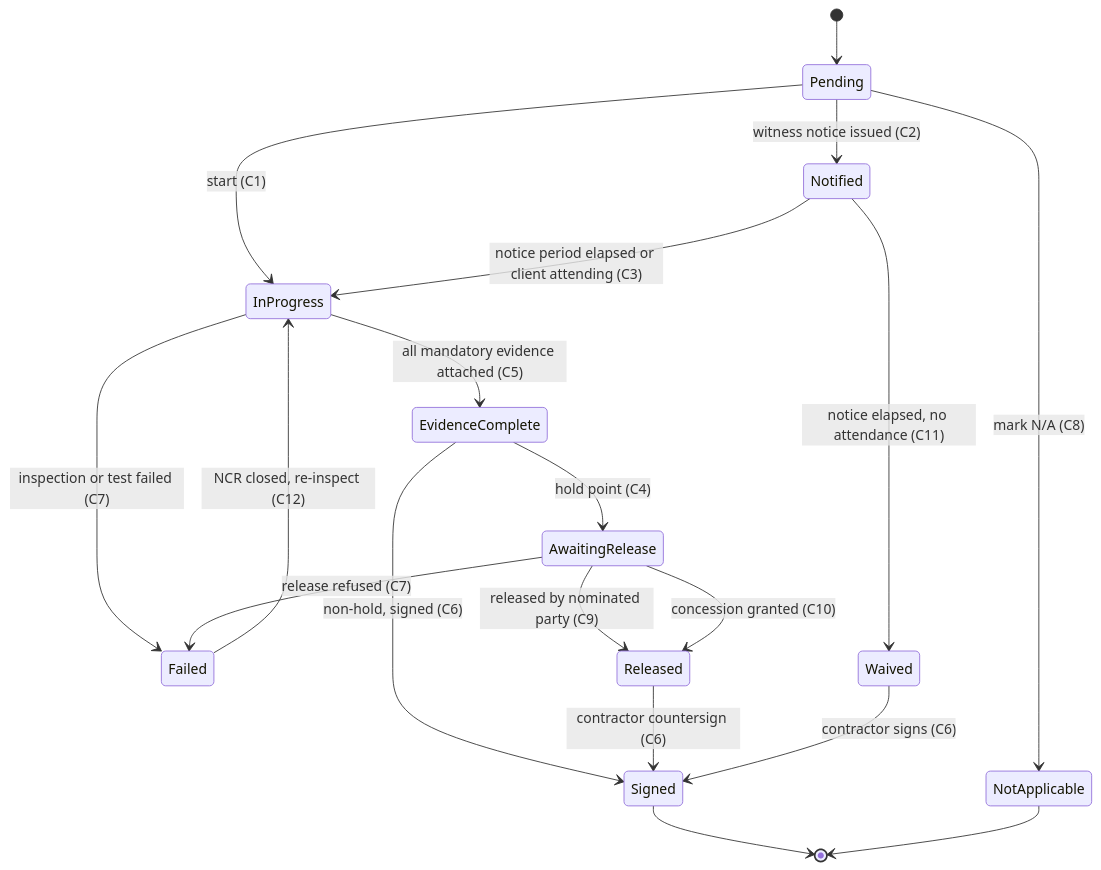
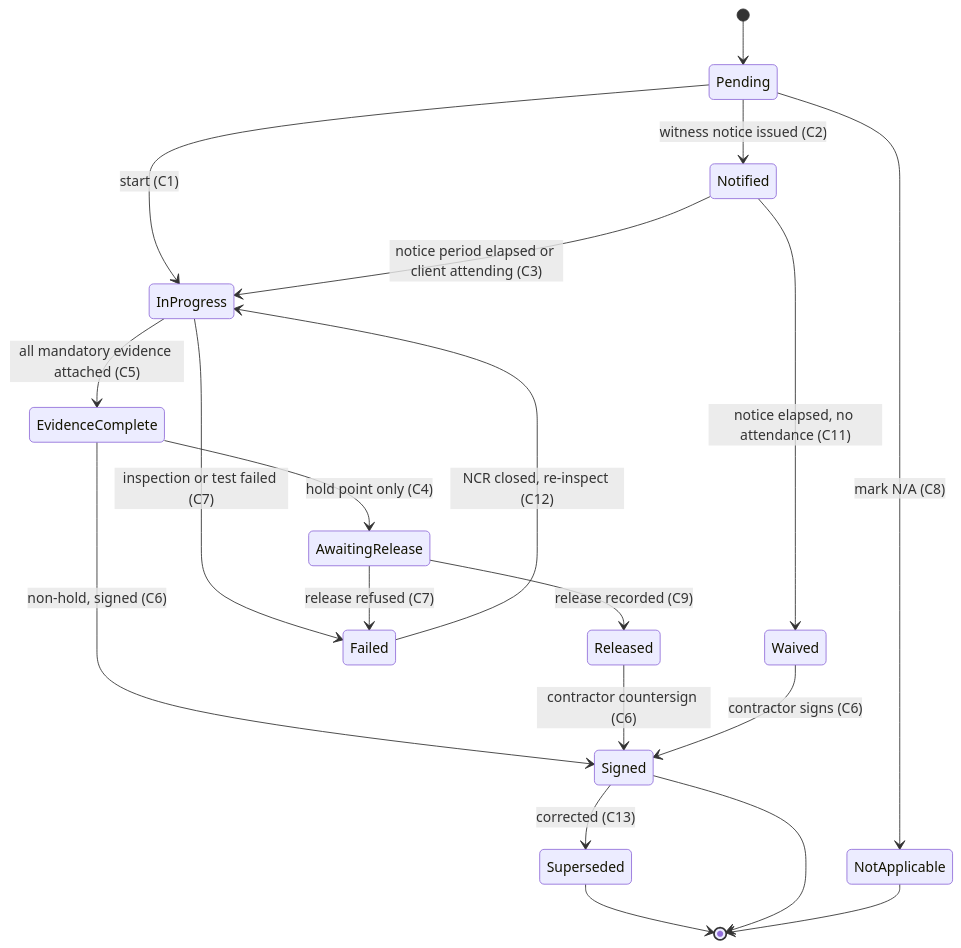
The second of 7 diagrams in docs/02-state-machines.md (c69wrywn96-cmd/lotline), drawn with Mermaid before and after one commit. The commit also changed other lines of this file and 7 other files, not shown here.

First line of the commit message:
Apply design review 1: hold/witness split, late-release records, vertical datum

````diff
--- a/docs/02-state-machines.md
+++ b/docs/02-state-machines.md
@@ -96,29 +144,29 @@
 ```mermaid
 stateDiagram-v2
     [*] --> Pending
     Pending --> InProgress : start (C1)
     Pending --> NotApplicable : mark N/A (C8)
     Pending --> Notified : witness notice issued (C2)
 
     Notified --> InProgress : notice period elapsed or client attending (C3)
+    Notified --> Waived : notice elapsed, no attendance (C11)
 
     InProgress --> EvidenceComplete : all mandatory evidence attached (C5)
     InProgress --> Failed : inspection or test failed (C7)
 
-    EvidenceComplete --> AwaitingRelease : hold point (C4)
+    EvidenceComplete --> AwaitingRelease : hold point only (C4)
     EvidenceComplete --> Signed : non-hold, signed (C6)
 
-    AwaitingRelease --> Released : released by nominated party (C9)
-    AwaitingRelease --> Released : concession granted (C10)
+    AwaitingRelease --> Released : release recorded (C9)
     AwaitingRelease --> Failed : release refused (C7)
 
     Released --> Signed : contractor countersign (C6)
-
-    Notified --> Waived : notice elapsed, no attendance (C11)
     Waived --> Signed : contractor signs (C6)
 
     Failed --> InProgress : NCR closed, re-inspect (C12)
 
+    Signed --> Superseded : corrected (C13)
+    Superseded --> [*]
     Signed --> [*]
     NotApplicable --> [*]
 ```
````
